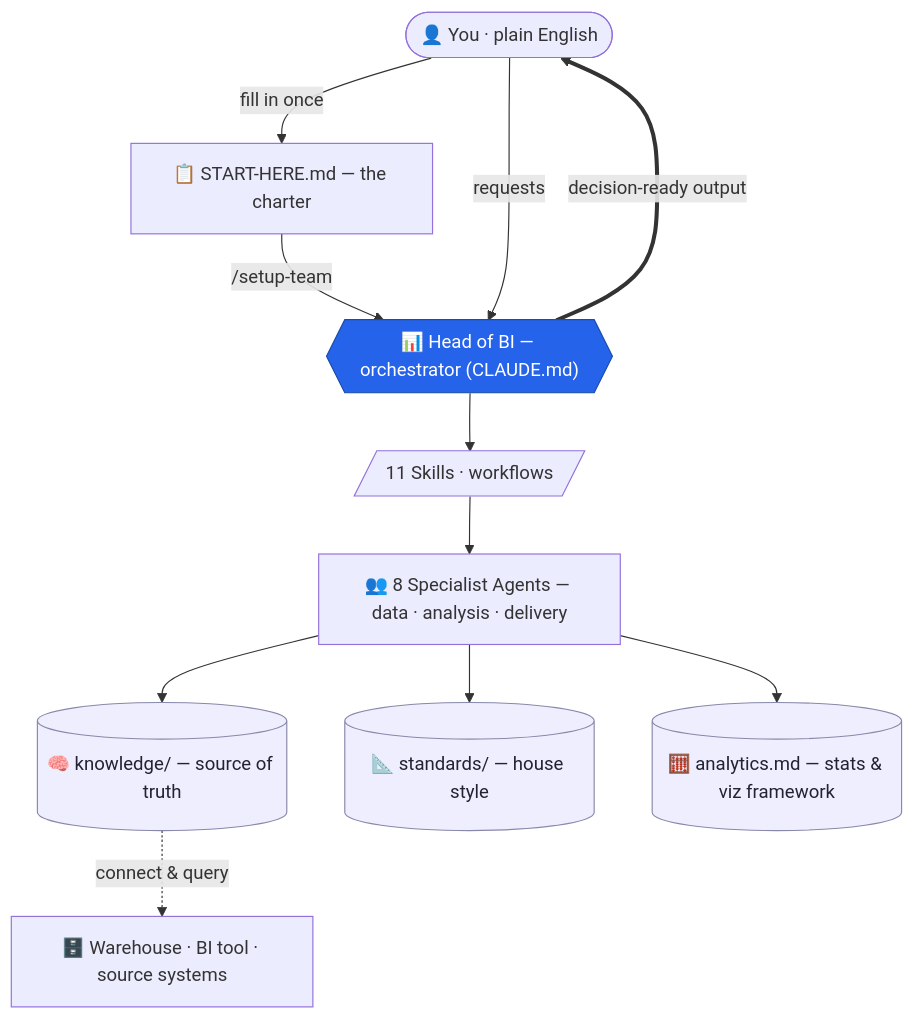
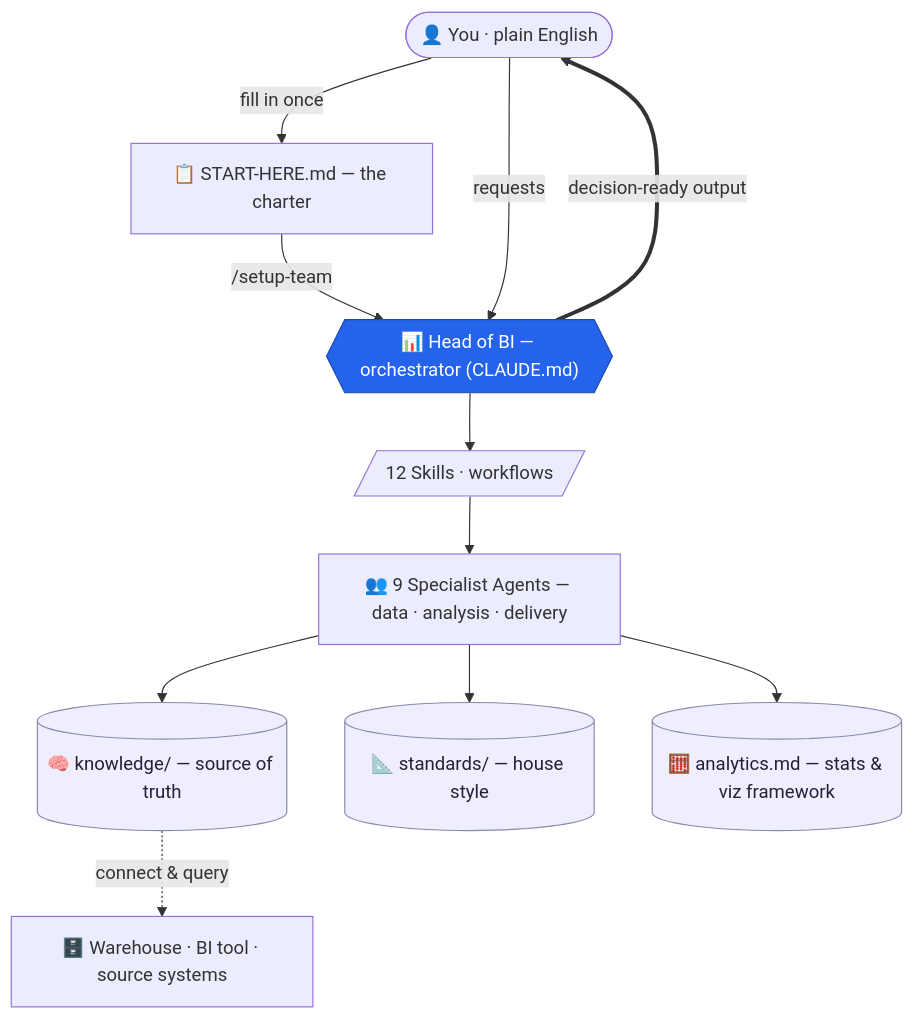
The first of 2 diagrams in README.md (link7373/agentic-bi-team), drawn with Mermaid before and after one commit. The commit also changed other lines of this file and 21 other files, not shown here.

````diff
--- a/README.md
+++ b/README.md
@@ -44,17 +44,17 @@
 ```mermaid
 flowchart TD
 A(["👤 You · plain English"]) -->|"fill in once"| B["📋 START-HERE.md — the charter"]
 B -->|"/setup-team"| M
 A -->|"requests"| M{{"📊 Head of BI — orchestrator (CLAUDE.md)"}}
-M --> SK[/"11 Skills · workflows"/]
-SK --> AG["👥 8 Specialist Agents — data · analysis · delivery"]
+M --> SK[/"12 Skills · workflows"/]
+SK --> AG["👥 9 Specialist Agents — data · analysis · delivery"]
 AG --> KN[("🧠 knowledge/ — source of truth")]
 AG --> ST[("📐 standards/ — house style")]
 AG --> AR[("🧮 analytics.md — stats & viz framework")]
 KN -. "connect & query" .-> DATA["🗄️ Warehouse · BI tool · source systems"]
 M ==>|"decision-ready output"| A
 classDef hub fill:#2563EB,stroke:#1a4ba8,color:#fff;
 classDef store fill:#eef,stroke:#88a,color:#223;
 class M hub;
 class KN,ST,AR store;
 ```
````
